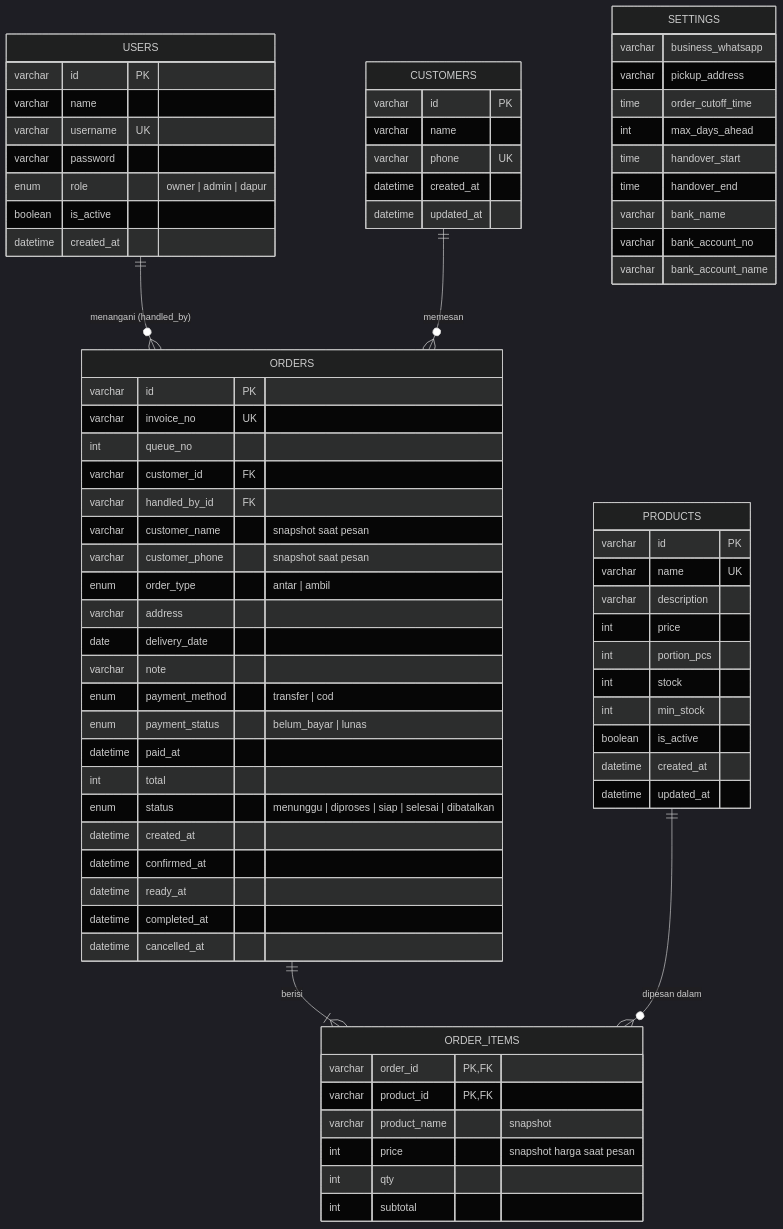
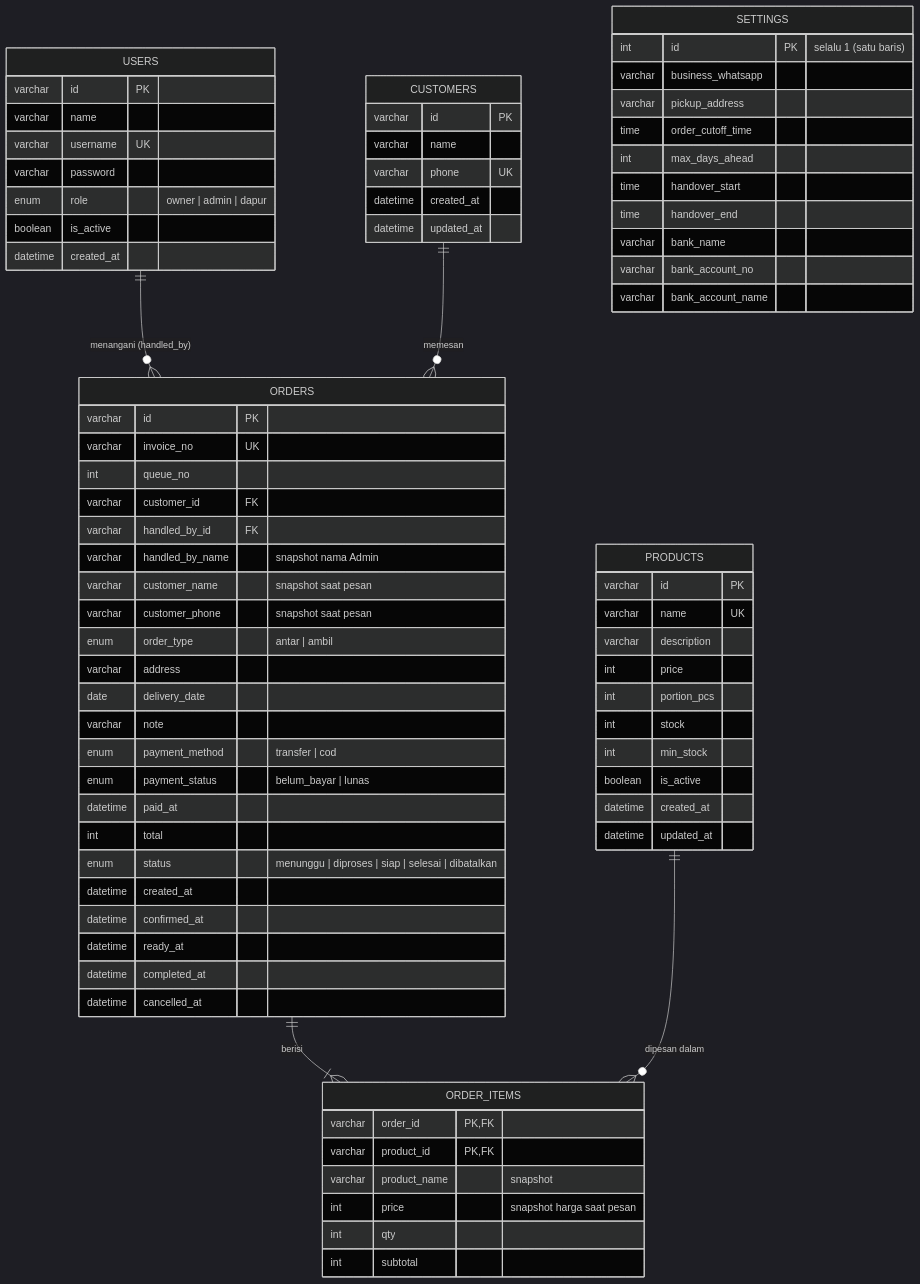
Before and after one commit to Fathulx/BakoelBunda: the seventh of 8 diagrams in docs/perancangan.md, drawn with Mermaid (dark theme). The commit also changed other lines of this file and 6 other files, not shown here.

````diff
--- a/docs/perancangan.md
+++ b/docs/perancangan.md
@@ -272,78 +693,80 @@
 ```mermaid
 erDiagram
   USERS ||--o{ ORDERS : "menangani (handled_by)"
   CUSTOMERS ||--o{ ORDERS : "memesan"
   ORDERS ||--|{ ORDER_ITEMS : "berisi"
   PRODUCTS ||--o{ ORDER_ITEMS : "dipesan dalam"
 
   USERS {
     varchar id PK
     varchar name
     varchar username UK
     varchar password
     enum role "owner | admin | dapur"
     boolean is_active
     datetime created_at
   }
   CUSTOMERS {
     varchar id PK
     varchar name
     varchar phone UK
     datetime created_at
     datetime updated_at
   }
   PRODUCTS {
     varchar id PK
     varchar name UK
     varchar description
     int price
     int portion_pcs
     int stock
     int min_stock
     boolean is_active
     datetime created_at
     datetime updated_at
   }
   ORDERS {
     varchar id PK
     varchar invoice_no UK
     int queue_no
     varchar customer_id FK
     varchar handled_by_id FK
+    varchar handled_by_name "snapshot nama Admin"
     varchar customer_name "snapshot saat pesan"
     varchar customer_phone "snapshot saat pesan"
     enum order_type "antar | ambil"
     varchar address
     date delivery_date
     varchar note
     enum payment_method "transfer | cod"
     enum payment_status "belum_bayar | lunas"
     datetime paid_at
     int total
     enum status "menunggu | diproses | siap | selesai | dibatalkan"
     datetime created_at
     datetime confirmed_at
     datetime ready_at
     datetime completed_at
     datetime cancelled_at
   }
   ORDER_ITEMS {
     varchar order_id PK, FK
     varchar product_id PK, FK
     varchar product_name "snapshot"
     int price "snapshot harga saat pesan"
     int qty
     int subtotal
   }
   SETTINGS {
+    int id PK "selalu 1 (satu baris)"
     varchar business_whatsapp
     varchar pickup_address
     time order_cutoff_time
     int max_days_ahead
     time handover_start
     time handover_end
     varchar bank_name
     varchar bank_account_no
     varchar bank_account_name
   }
 ```
````
